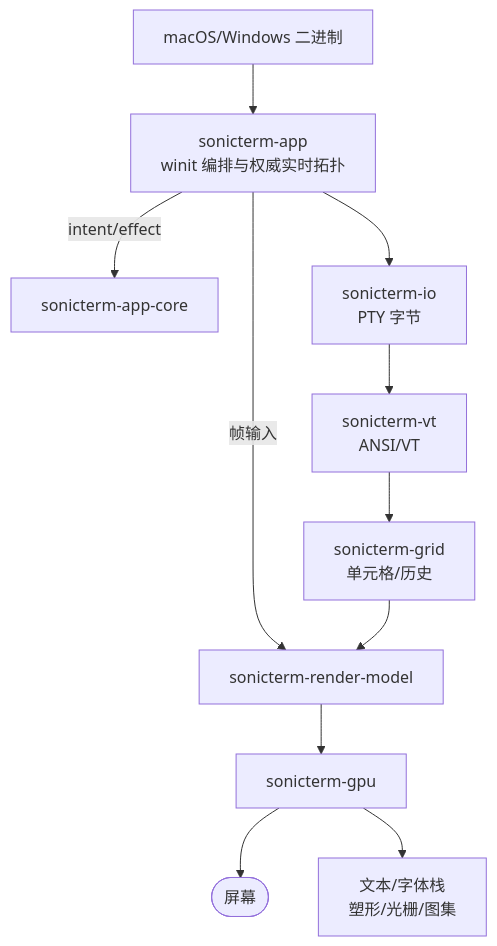
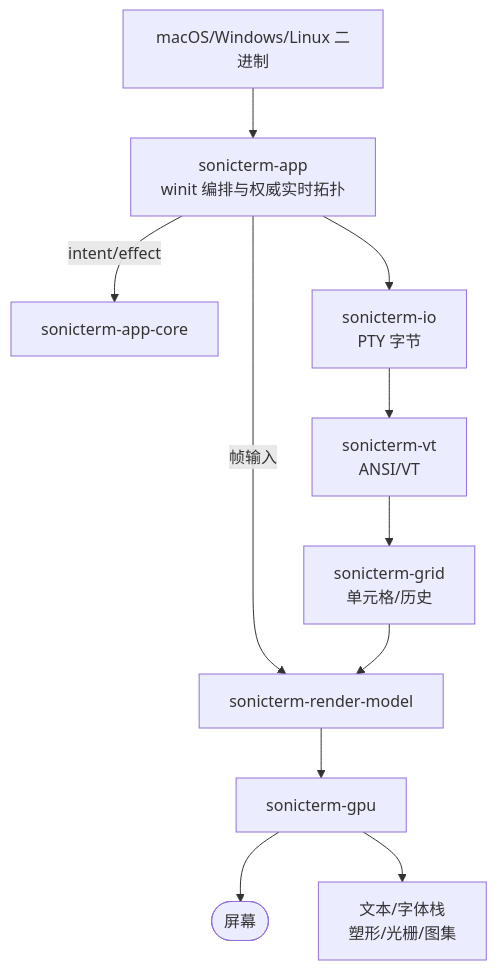
Before and after one commit to D0n9X1n/SonicTerm: the second of 2 diagrams in wiki/Architecture.md, drawn with Mermaid. The commit also changed other lines of this file and 70 other files, not shown here.

````diff
--- a/wiki/Architecture.md
+++ b/wiki/Architecture.md
@@ -188,24 +188,24 @@
 ```mermaid
 flowchart TD
-    bin["macOS/Windows 二进制"]
+    bin["macOS/Windows/Linux 二进制"]
     app["sonicterm-app<br/>winit 编排与权威实时拓扑"]
     core["sonicterm-app-core"]
     rm["sonicterm-render-model"]
     gpu["sonicterm-gpu"]
     screen(["屏幕"])
     io["sonicterm-io<br/>PTY 字节"]
     vt["sonicterm-vt<br/>ANSI/VT"]
     grid["sonicterm-grid<br/>单元格/历史"]
     text["文本/字体栈<br/>塑形/光栅/图集"]
 
     bin --> app
     app -- "intent/effect" --> core
     app -- "帧输入" --> rm
     app --> io
     io --> vt
     vt --> grid
     grid --> rm
     rm --> gpu
     gpu --> screen
     gpu --> text
 ```
````
